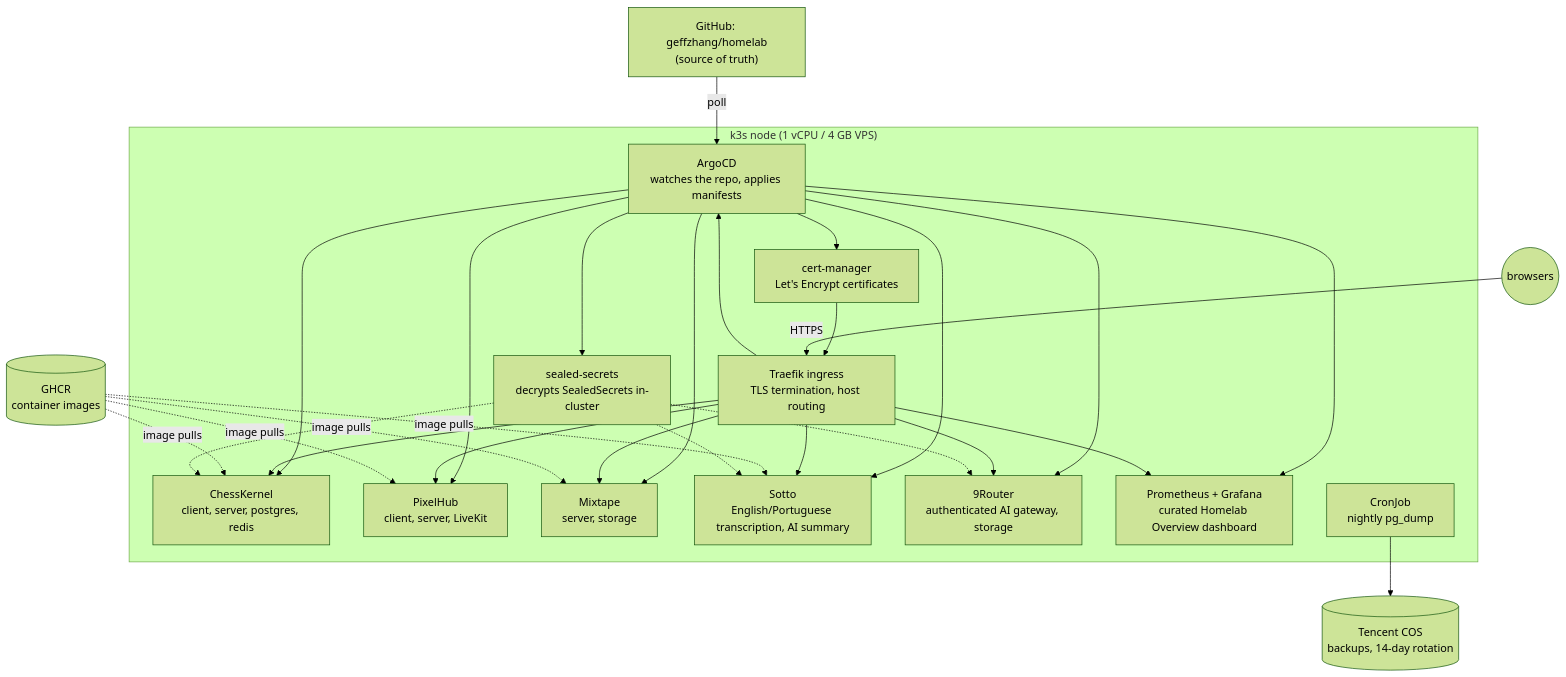
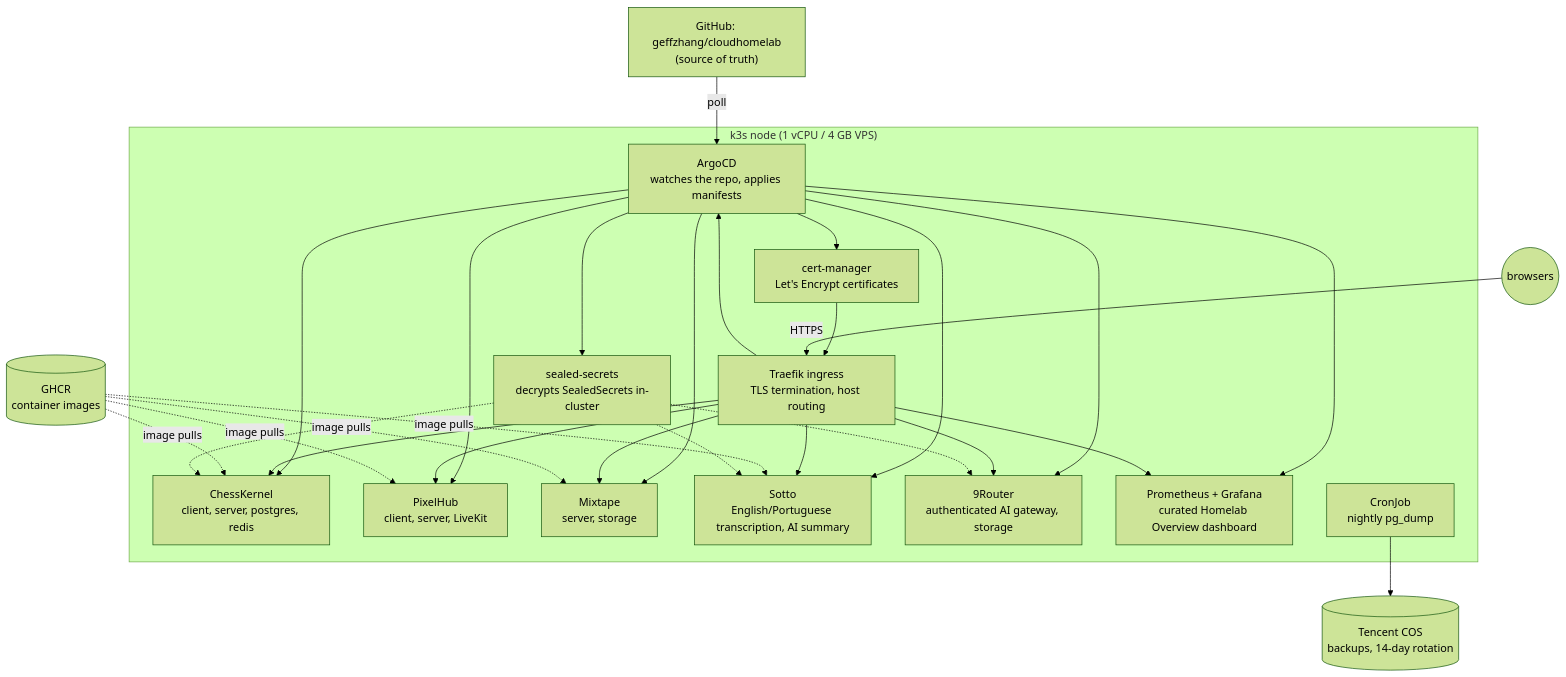
One commit to geffzhang/cloudhomelab changed the first of 3 diagrams in README.md. Above: the diagram before and after it, drawn with Mermaid (forest theme). The commit also changed other lines of this file and 19 other files, not shown here.

````diff
--- a/README.md
+++ b/README.md
@@ -53,47 +53,47 @@
 ```mermaid
 flowchart TB
-    gh["GitHub: geffzhang/homelab<br/>(source of truth)"]
+    gh["GitHub: geffzhang/cloudhomelab<br/>(source of truth)"]
     subgraph node["k3s node (1 vCPU / 4 GB VPS)"]
         argo["ArgoCD<br/>watches the repo, applies manifests"]
         traefik["Traefik ingress<br/>TLS termination, host routing"]
         cm["cert-manager<br/>Let's Encrypt certificates"]
         seal["sealed-secrets<br/>decrypts SealedSecrets in-cluster"]
         chess["ChessKernel<br/>client, server, postgres, redis"]
         pixel["PixelHub<br/>client, server, LiveKit"]
         mix["Mixtape<br/>server, storage"]
         sotto["Sotto<br/>English/Portuguese transcription, AI summary"]
         router["9Router<br/>authenticated AI gateway, storage"]
         mon["Prometheus + Grafana<br/>curated Homelab Overview dashboard"]
         cron["CronJob<br/>nightly pg_dump"]
     end
     cos[("Tencent COS<br/>backups, 14-day rotation")]
     ghcr[("GHCR<br/>container images")]
     users(("browsers"))
 
     gh -->|poll| argo
     argo --> chess
     argo --> pixel
     argo --> mix
     argo --> sotto
     argo --> router
     argo --> mon
     argo --> seal
     argo --> cm
     cm --> traefik
     users -->|HTTPS| traefik
     traefik --> chess
     traefik --> pixel
     traefik --> mix
     traefik --> sotto
     traefik --> router
     traefik --> argo
     traefik --> mon
     ghcr -.->|image pulls| chess
     ghcr -.->|image pulls| pixel
     ghcr -.->|image pulls| mix
     ghcr -.->|image pulls| sotto
     cron --> cos
     seal -.-> chess
     seal -.-> sotto
     seal -.-> router
 ```
````
